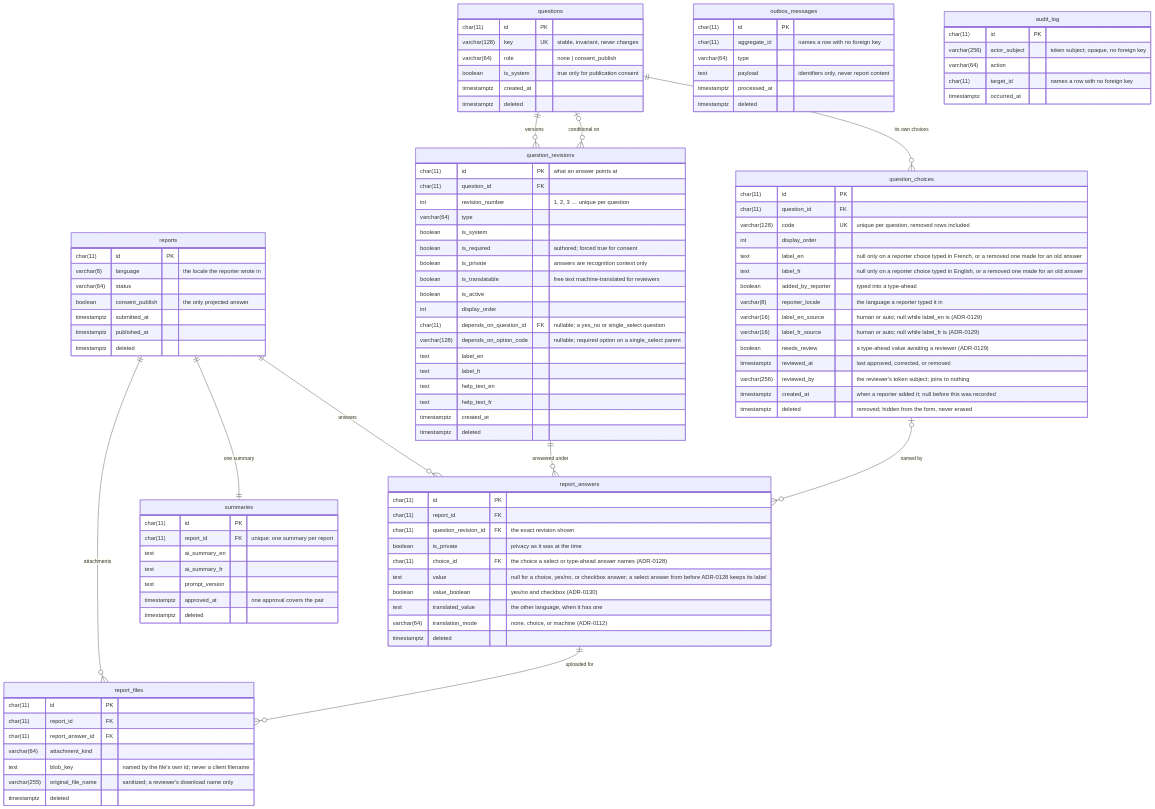
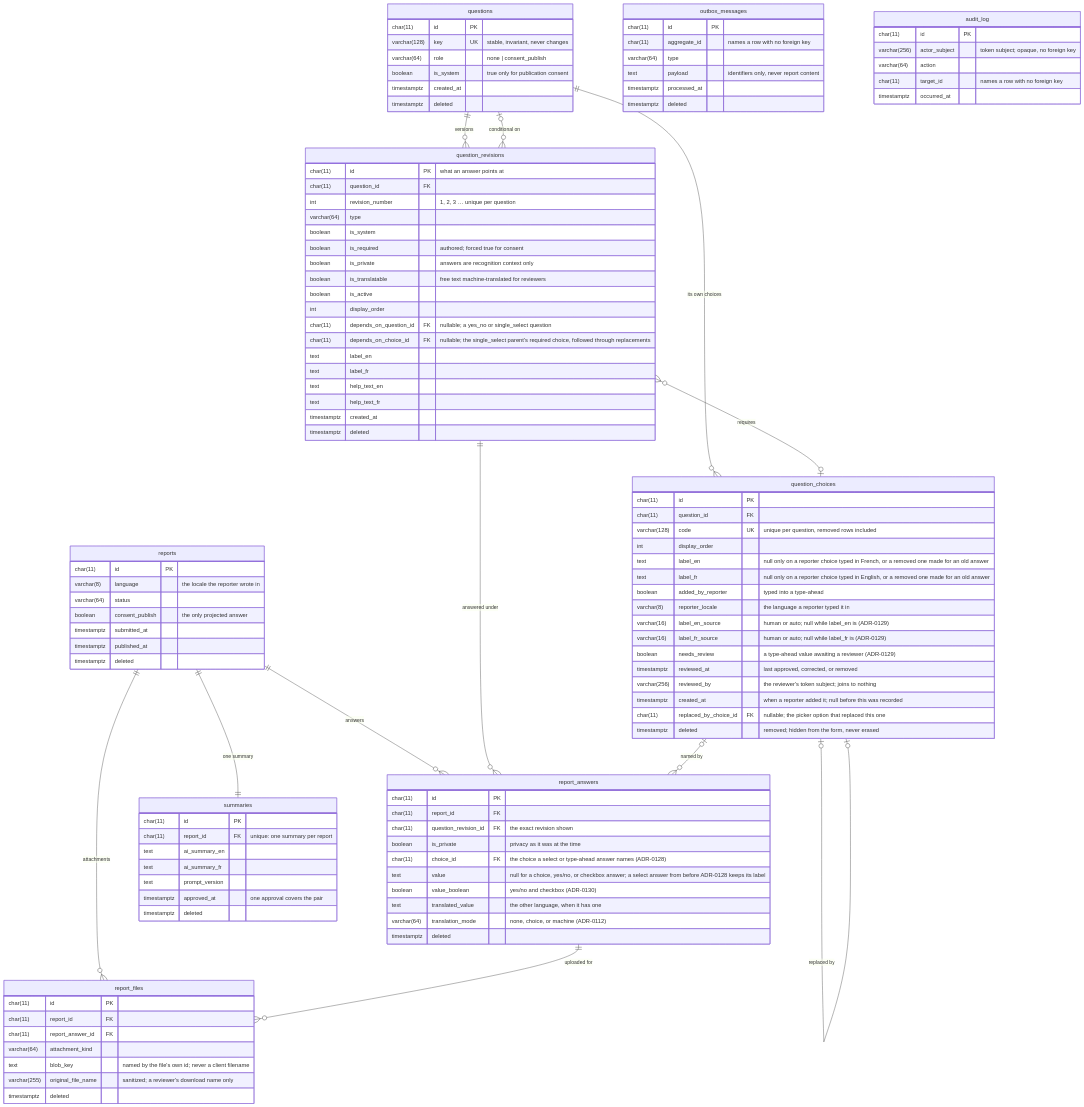
One commit to HPAC-Safety/safety-report changed the diagram in src/HpacSafety.Infrastructure/Persistence/Migrations/README.md. Above: the diagram before and after it, drawn with Mermaid. The commit also changed other lines of this file and 50 other files, not shown here.

```diff
--- a/src/HpacSafety.Infrastructure/Persistence/Migrations/README.md
+++ b/src/HpacSafety.Infrastructure/Persistence/Migrations/README.md
@@ -55,6 +55,8 @@
     questions ||--o{ question_revisions : "versions"
     questions ||--o{ question_choices : "its own choices"
     question_revisions }o--o| questions : "conditional on"
+    question_revisions }o--o| question_choices : "requires"
+    question_choices |o--o| question_choices : "replaced by"
 
     reports ||--o{ report_answers : "answers"
     reports ||--o{ report_files : "attachments"
@@ -84,7 +86,7 @@
         boolean is_active
         int display_order
         char(11) depends_on_question_id FK "nullable; a yes_no or single_select question"
-        varchar(128) depends_on_option_code "nullable; required option on a single_select parent"
+        char(11) depends_on_choice_id FK "nullable; the single_select parent's required choice, followed through replacements"
         text label_en
         text label_fr
         text help_text_en
@@ -108,6 +110,7 @@
         timestamptz reviewed_at "last approved, corrected, or removed"
         varchar(256) reviewed_by "the reviewer's token subject; joins to nothing"
         timestamptz created_at "when a reporter added it; null before this was recorded"
+        char(11) replaced_by_choice_id FK "nullable; the picker option that replaced this one"
         timestamptz deleted "removed; hidden from the form, never erased"
     }
 
```
